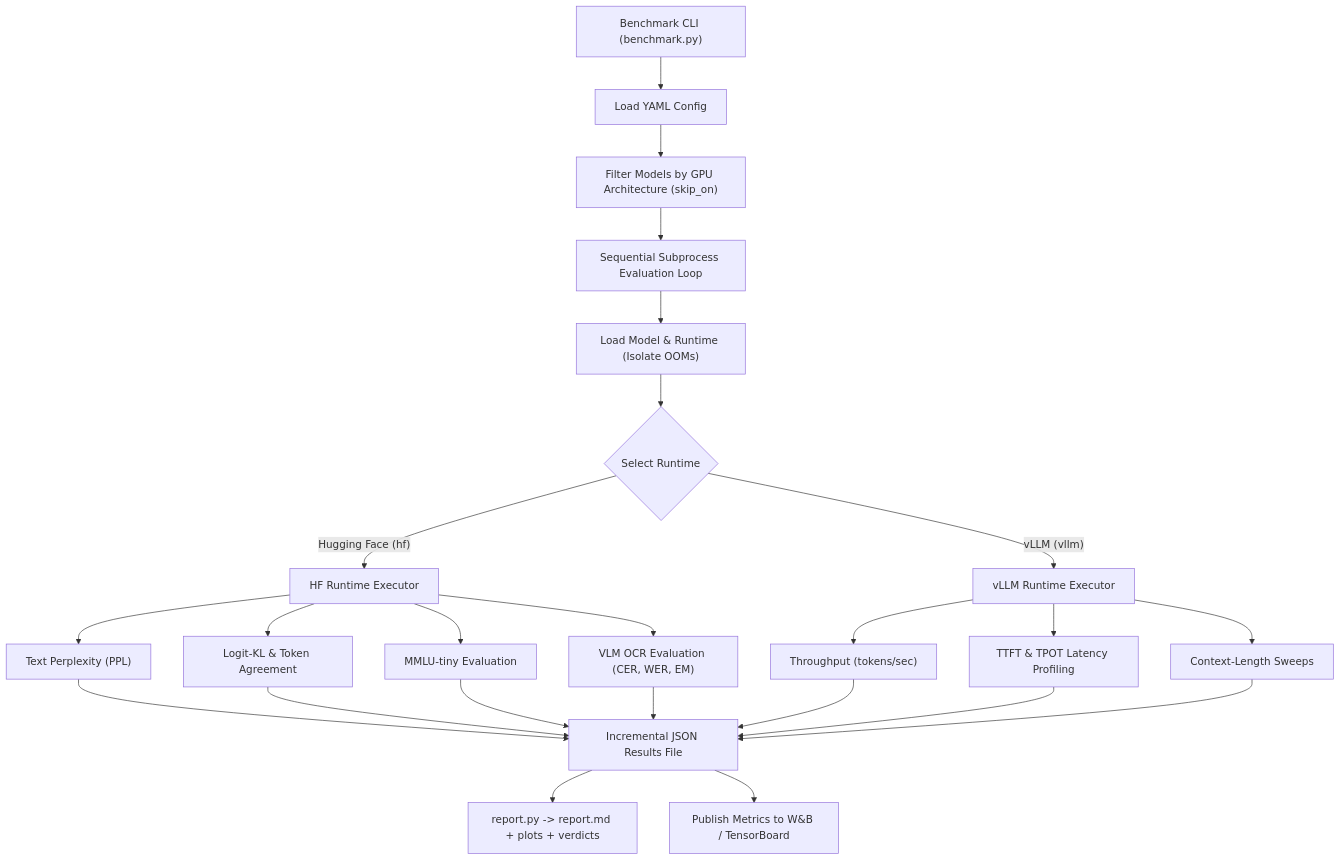
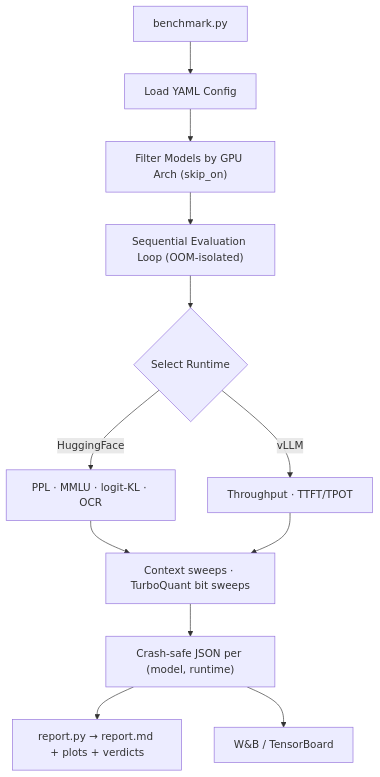
One commit to ramprasathk07/TripleQuant-VLM changed the second of 2 diagrams in README.md. Above: the diagram before and after it, drawn with Mermaid. The commit also changed other lines of this file and 43 other files, not shown here.

````diff
--- a/README.md
+++ b/README.md
@@ -239,26 +264,14 @@
 ```mermaid
 graph TD
-    A["Benchmark CLI (benchmark.py)"] --> B["Load YAML Config"]
-    B --> C["Filter Models by GPU Architecture (skip_on)"]
-    C --> D["Sequential Subprocess Evaluation Loop"]
-    D --> E["Load Model & Runtime (Isolate OOMs)"]
-    E --> F{"Select Runtime"}
-    F -- "Hugging Face (hf)" --> G["HF Runtime Executor"]
-    F -- "vLLM (vllm)" --> H["vLLM Runtime Executor"]
-    G --> I["Text Perplexity (PPL)"]
-    G --> J["Logit-KL & Token Agreement"]
-    G --> K["MMLU-tiny Evaluation"]
-    G --> L["VLM OCR Evaluation (CER, WER, EM)"]
-    H --> M["Throughput (tokens/sec)"]
-    H --> N["TTFT & TPOT Latency Profiling"]
-    H --> O["Context-Length Sweeps"]
-    I --> P["Incremental JSON Results File"]
-    J --> P
-    K --> P
-    L --> P
-    M --> P
-    N --> P
-    O --> P
-    P --> Q["report.py -> report.md + plots + verdicts"]
-    P --> R["Publish Metrics to W&B / TensorBoard"]
+    A["benchmark.py"] --> B["Load YAML Config"]
+    B --> C["Filter Models by GPU Arch (skip_on)"]
+    C --> D["Sequential Evaluation Loop (OOM-isolated)"]
+    D --> E{"Select Runtime"}
+    E -- "HuggingFace" --> F["PPL · MMLU · logit-KL · OCR"]
+    E -- "vLLM" --> G["Throughput · TTFT/TPOT"]
+    F --> H["Context sweeps · TurboQuant bit sweeps"]
+    G --> H
+    H --> I["Crash-safe JSON per (model, runtime)"]
+    I --> J["report.py → report.md + plots + verdicts"]
+    I --> K["W&B / TensorBoard"]
 ```
````
